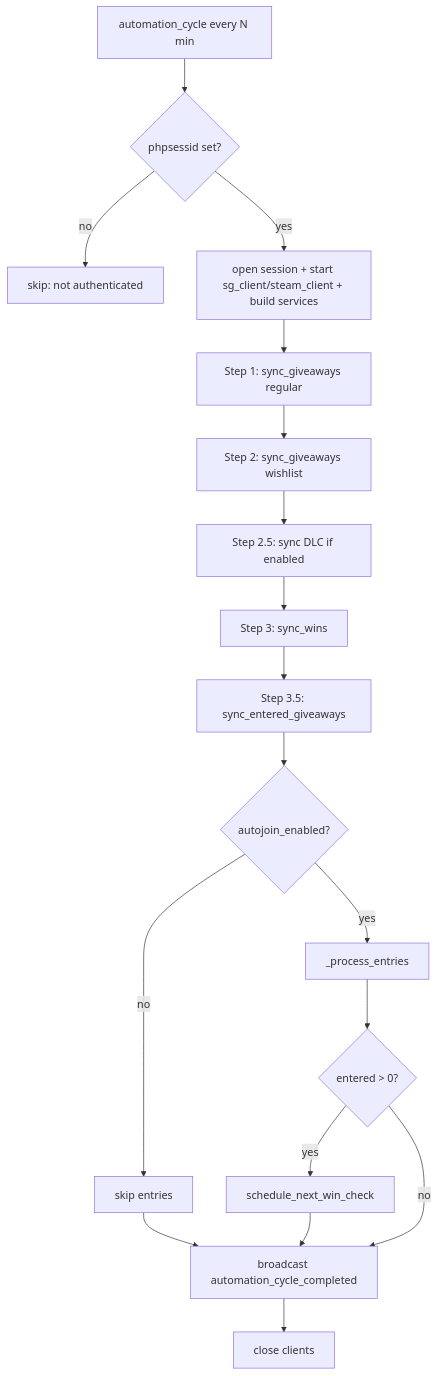
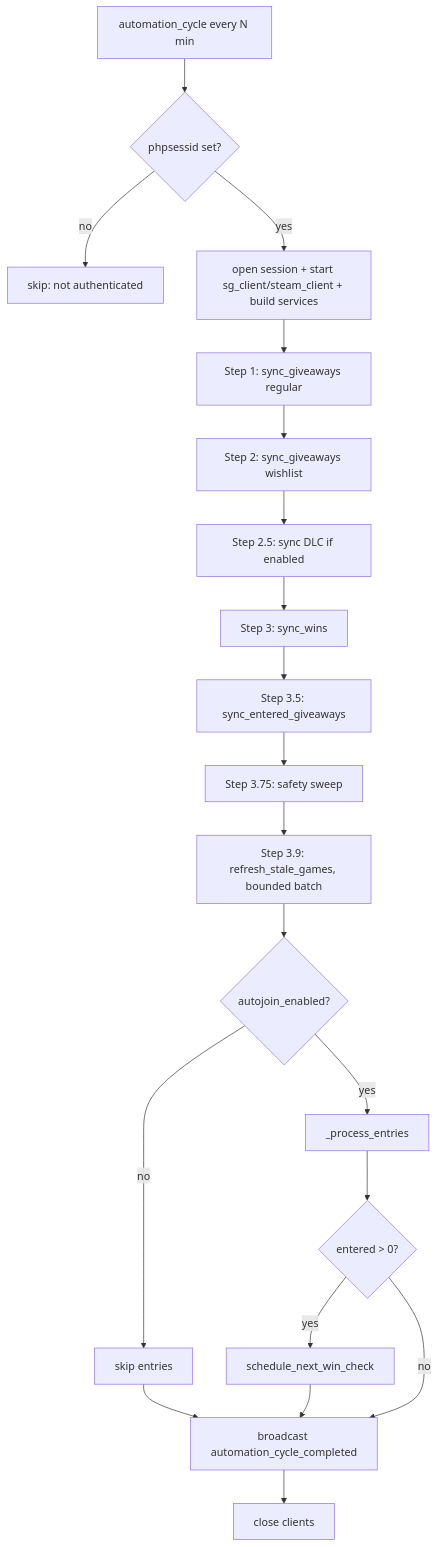
One commit to kernelcoffee/SteamSelfGifter changed the diagram in docs/BACKEND_ARCHITECTURE.md. Above: the diagram before and after it, drawn with Mermaid. The commit also changed other lines of this file and 58 other files, not shown here.

````diff
--- a/docs/BACKEND_ARCHITECTURE.md
+++ b/docs/BACKEND_ARCHITECTURE.md
@@ -113,20 +116,22 @@
 ```mermaid
 flowchart TD
     A[automation_cycle every N min] --> B{phpsessid set?}
     B -- no --> Z[skip: not authenticated]
     B -- yes --> C[open session + start sg_client/steam_client + build services]
     C --> D[Step 1: sync_giveaways regular]
     D --> E[Step 2: sync_giveaways wishlist]
     E --> F[Step 2.5: sync DLC if enabled]
     F --> G[Step 3: sync_wins]
     G --> H[Step 3.5: sync_entered_giveaways]
-    H --> I{autojoin_enabled?}
+    H --> H2[Step 3.75: safety sweep]
+    H2 --> H3[Step 3.9: refresh_stale_games, bounded batch]
+    H3 --> I{autojoin_enabled?}
     I -- no --> K[skip entries]
     I -- yes --> J[_process_entries]
     J --> L{entered > 0?}
     L -- yes --> M[schedule_next_win_check]
     L -- no --> N[broadcast automation_cycle_completed]
     K --> N
     M --> N
     N --> O[close clients]
 ```
````
